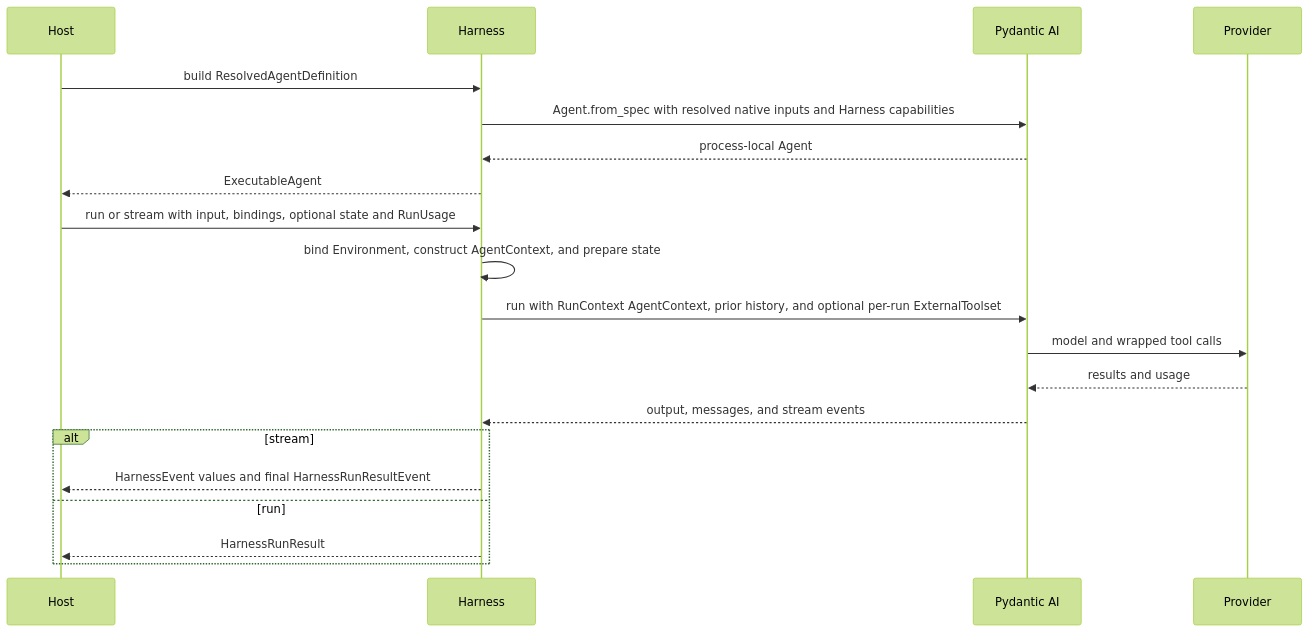
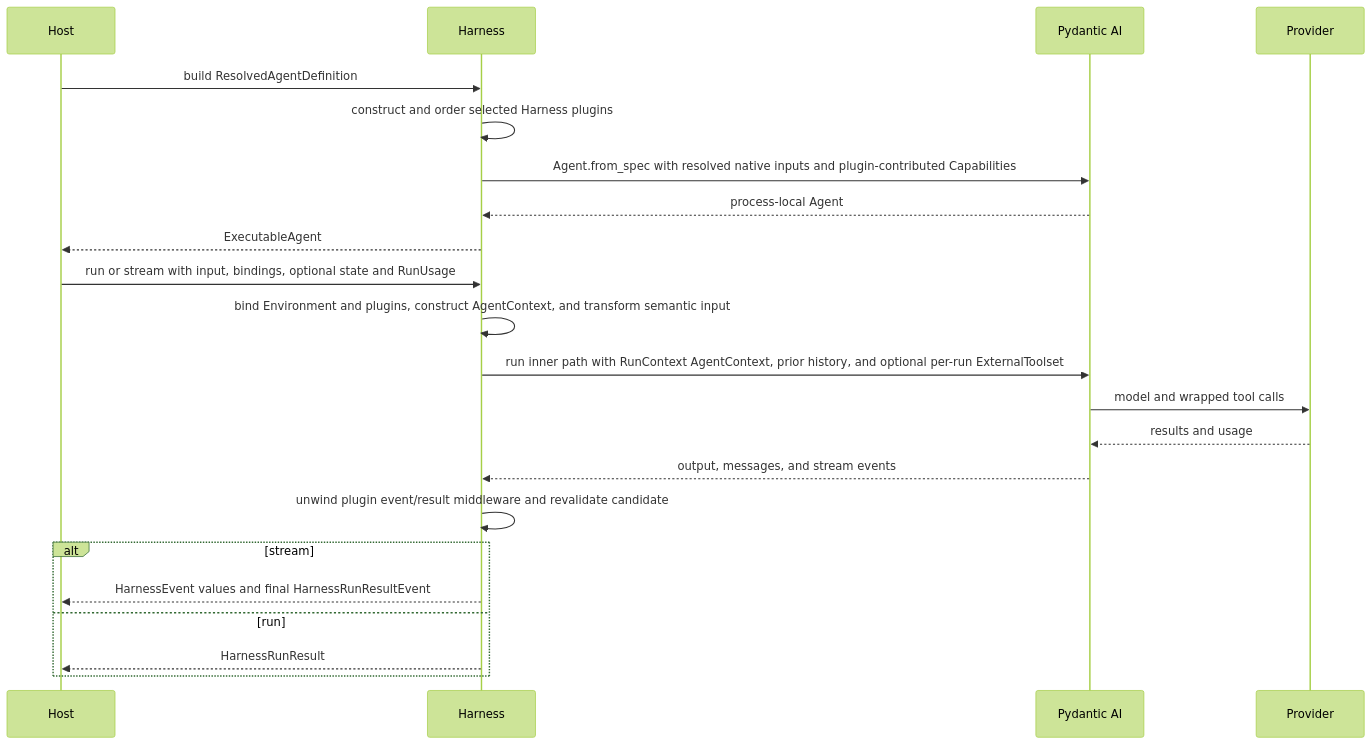
Before and after one commit to LTThreeComma/agent-foundation: the fifth of 5 diagrams in spec/agent-harness/01-pydantic-ai-foundation.md, drawn with Mermaid (forest theme). The commit also changed other lines of this file and 21 other files, not shown here.

First line of the commit message:
feat(harness): define first-class plugin lifecycle

````diff
--- a/spec/agent-harness/01-pydantic-ai-foundation.md
+++ b/spec/agent-harness/01-pydantic-ai-foundation.md
@@ -140,23 +143,25 @@
 ```mermaid
 sequenceDiagram
     participant Host
     participant Harness
     participant Pydantic as Pydantic AI
     participant Provider
 
     Host->>Harness: build ResolvedAgentDefinition
-    Harness->>Pydantic: Agent.from_spec with resolved native inputs and Harness capabilities
+    Harness->>Harness: construct and order selected Harness plugins
+    Harness->>Pydantic: Agent.from_spec with resolved native inputs and plugin-contributed Capabilities
     Pydantic-->>Harness: process-local Agent
     Harness-->>Host: ExecutableAgent
     Host->>Harness: run or stream with input, bindings, optional state and RunUsage
-    Harness->>Harness: bind Environment, construct AgentContext, and prepare state
-    Harness->>Pydantic: run with RunContext AgentContext, prior history, and optional per-run ExternalToolset
+    Harness->>Harness: bind Environment and plugins, construct AgentContext, and transform semantic input
+    Harness->>Pydantic: run inner path with RunContext AgentContext, prior history, and optional per-run ExternalToolset
     Pydantic->>Provider: model and wrapped tool calls
     Provider-->>Pydantic: results and usage
     Pydantic-->>Harness: output, messages, and stream events
+    Harness->>Harness: unwind plugin event/result middleware and revalidate candidate
     alt stream
         Harness-->>Host: HarnessEvent values and final HarnessRunResultEvent
     else run
         Harness-->>Host: HarnessRunResult
     end
 ```
````
